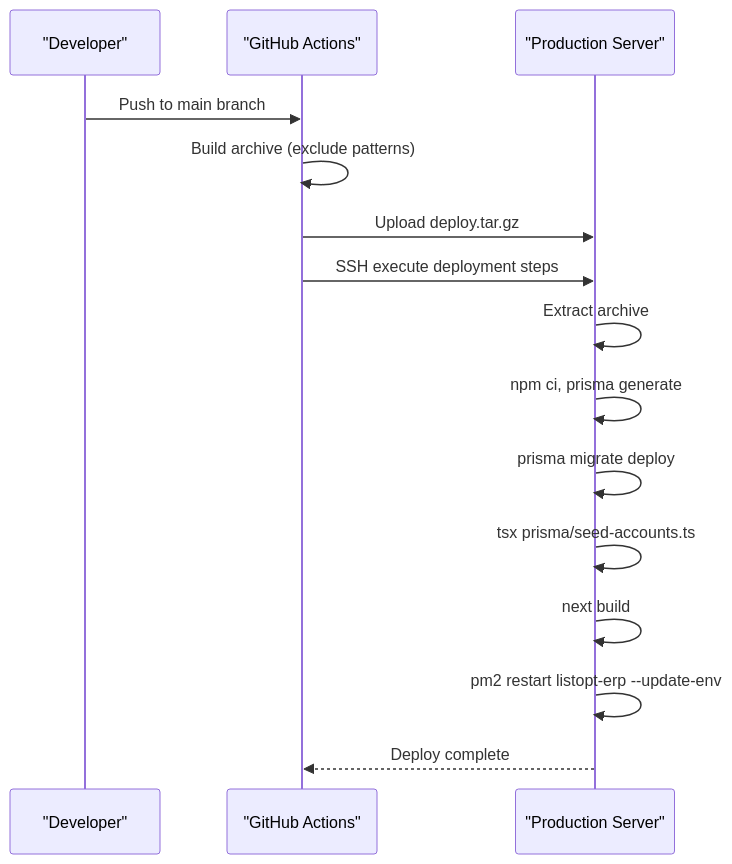
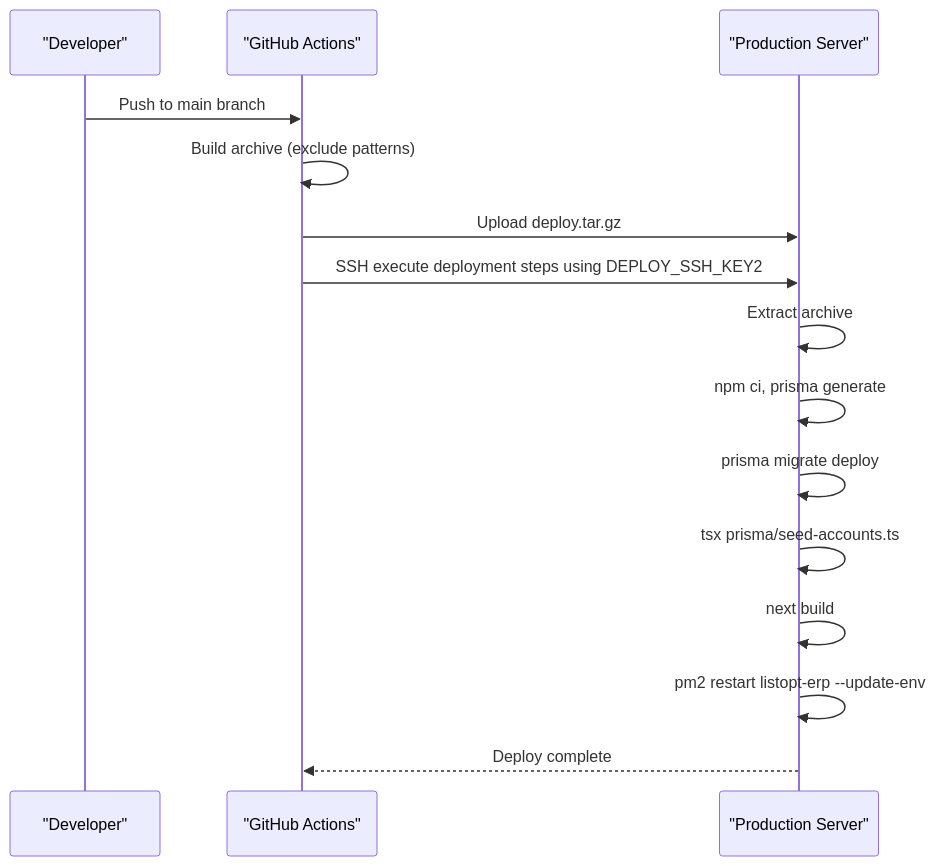
Before and after one commit to nzey11/erp-new: the fifth of 7 diagrams in .qoder/repowiki/en/content/Deployment & Operations.md, drawn with Mermaid. The commit also changed other lines of this file and 5 other files, not shown here.

````diff
--- a/.qoder/repowiki/en/content/Deployment & Operations.md
+++ b/.qoder/repowiki/en/content/Deployment & Operations.md
@@ -216,17 +225,17 @@
 ```mermaid
 sequenceDiagram
 participant Dev as "Developer"
 participant GH as "GitHub Actions"
 participant Srv as "Production Server"
 Dev->>GH : Push to main branch
 GH->>GH : Build archive (exclude patterns)
 GH->>Srv : Upload deploy.tar.gz
-GH->>Srv : SSH execute deployment steps
+GH->>Srv : SSH execute deployment steps using DEPLOY_SSH_KEY2
 Srv->>Srv : Extract archive
 Srv->>Srv : npm ci, prisma generate
 Srv->>Srv : prisma migrate deploy
 Srv->>Srv : tsx prisma/seed-accounts.ts
 Srv->>Srv : next build
 Srv->>Srv : pm2 restart listopt-erp --update-env
 Srv-->>GH : Deploy complete
 ```
````
